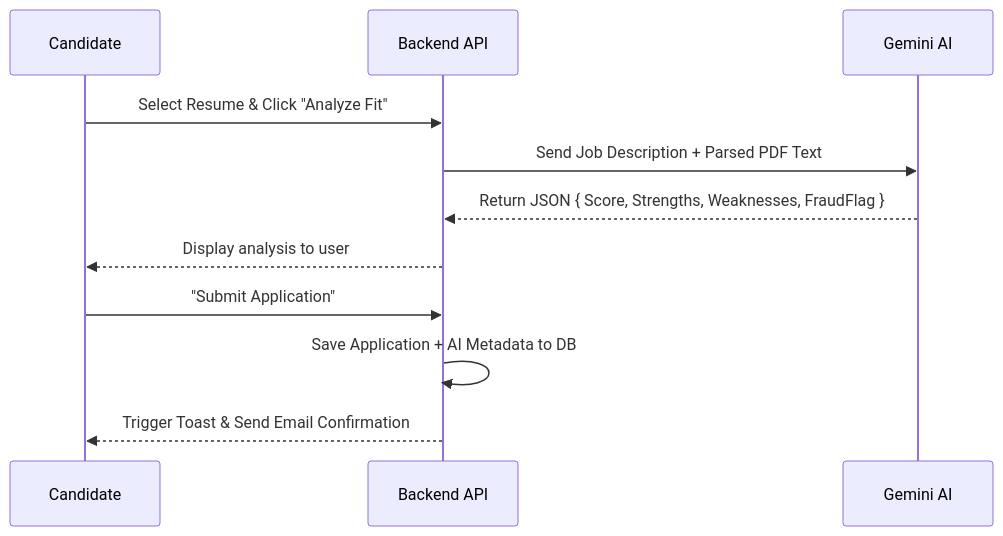
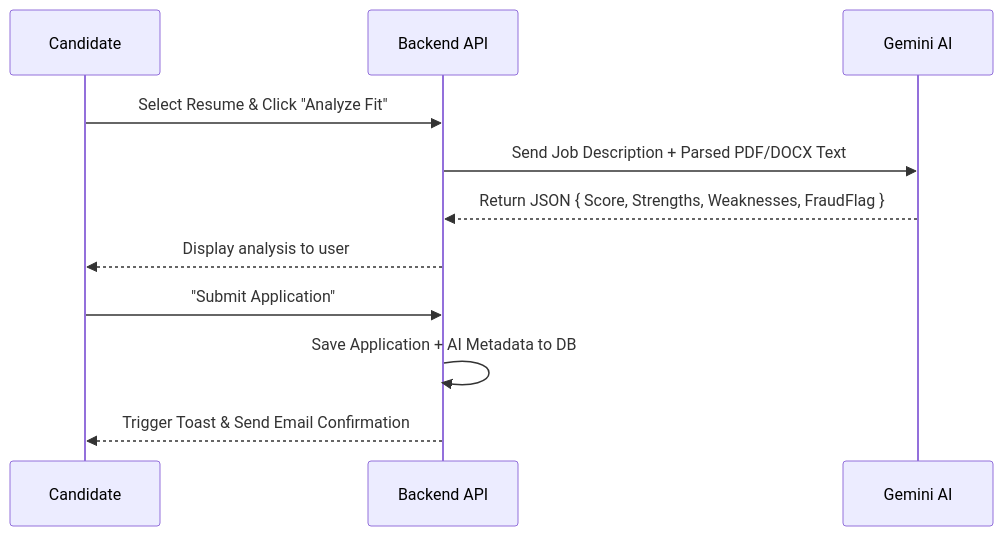
The first of 3 diagrams in README.md (RahilMaiyani/JobPulse), drawn with Mermaid before and after one commit. The commit also changed other lines of this file, not shown here.

Commit message:
docs: update README with proctoring, Supabase, contact inbox, and full API reference

````diff
--- a/README.md
+++ b/README.md
@@ -174,14 +209,14 @@
 ```mermaid
 sequenceDiagram
     participant C as Candidate
     participant API as Backend API
     participant AI as Gemini AI
     
     C->>API: Select Resume & Click "Analyze Fit"
-    API->>AI: Send Job Description + Parsed PDF Text
+    API->>AI: Send Job Description + Parsed PDF/DOCX Text
     AI-->>API: Return JSON { Score, Strengths, Weaknesses, FraudFlag }
     API-->>C: Display analysis to user
     C->>API: "Submit Application"
     API->>API: Save Application + AI Metadata to DB
     API-->>C: Trigger Toast & Send Email Confirmation
 ```
````
